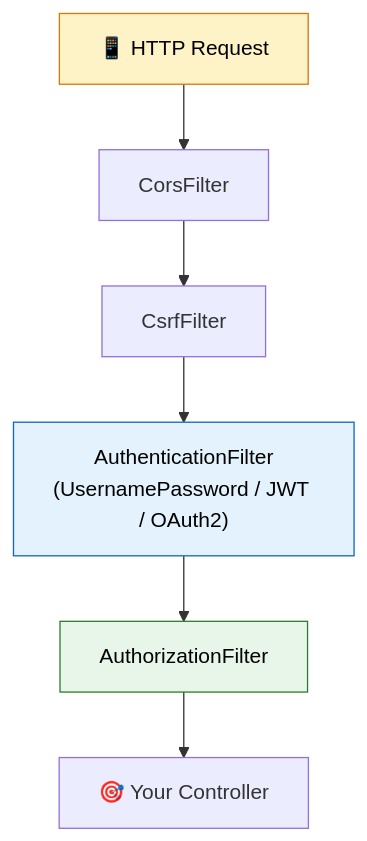
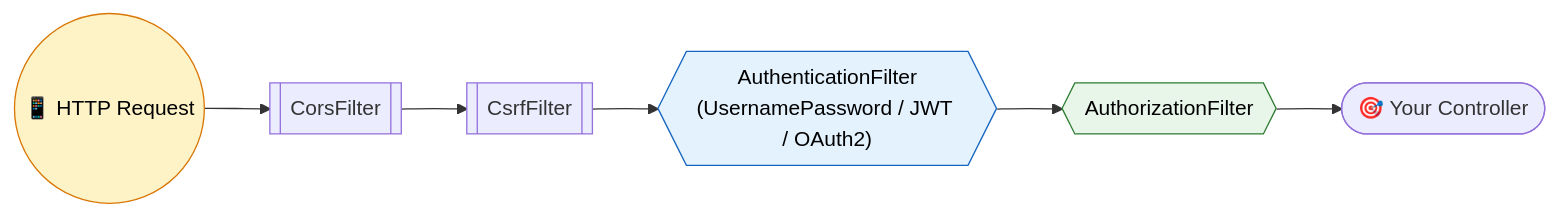
The second of 3 diagrams in docs/springboot/security.md (saivamsikaruturi/vamsilabs-dev-notes-main), drawn with Mermaid before and after one commit. The commit also changed other lines of this file and 146 other files, not shown here.

Commit message:
Horizontal diagrams, UML class diagrams, typography overhaul, and permalink cleanup

````diff
--- a/docs/springboot/security.md
+++ b/docs/springboot/security.md
@@ -34,13 +32,13 @@
 ```mermaid
-flowchart TD
-    Req["📱 HTTP Request"]
-    Req --> F1["CorsFilter"]
-    F1 --> F2["CsrfFilter"]
-    F2 --> F3["AuthenticationFilter<br/>(UsernamePassword / JWT / OAuth2)"]
-    F3 --> F4["AuthorizationFilter"]
-    F4 --> C["🎯 Your Controller"]
+flowchart LR
+    Req(("📱 HTTP Request"))
+    Req --> F1[["CorsFilter"]]
+    F1 --> F2[["CsrfFilter"]]
+    F2 --> F3{{"AuthenticationFilter<br/>(UsernamePassword / JWT / OAuth2)"}}
+    F3 --> F4{{"AuthorizationFilter"}}
+    F4 --> C(["🎯 Your Controller"])
 
     style Req fill:#FEF3C7,stroke:#D97706,color:#000
     style F3 fill:#E3F2FD,stroke:#1565C0,color:#000
     style F4 fill:#E8F5E9,stroke:#2E7D32,color:#000
 ```
````
